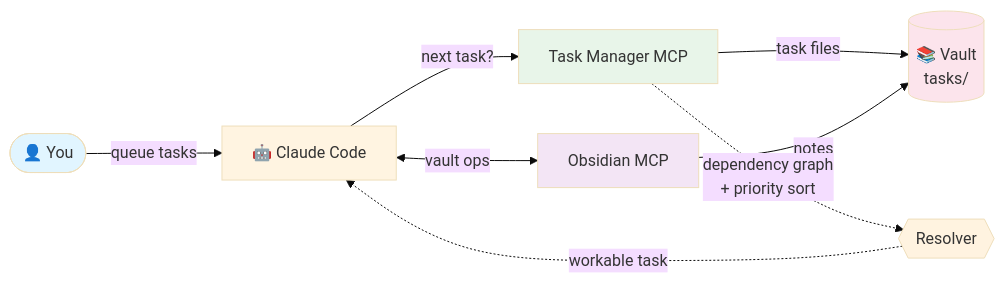
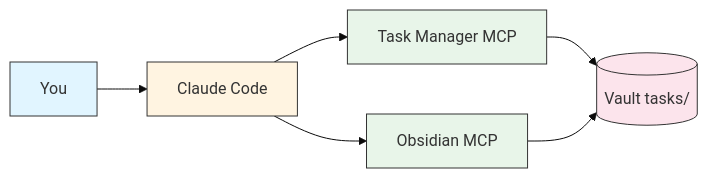
Before and after one commit to punparin/task-manager-mcp: the first of 3 diagrams in README.md, drawn with Mermaid (base theme). The commit also changed other lines of this file, not shown here.

First line of the commit message:
docs: simplify mermaid diagrams for GitHub compatibility

````diff
--- a/README.md
+++ b/README.md
@@ -7,17 +7,24 @@
 ```mermaid
 flowchart LR
-    User([👤 You]) -->|"queue tasks"| Claude[🤖 Claude Code]
-    Claude -->|"next task?"| TM[Task Manager MCP]
-    Claude <-->|"vault ops"| OM[Obsidian MCP]
-    TM -->|"task files"| Vault[(📚 Vault<br/>tasks/)]
-    OM -->|"notes"| Vault
-    TM -.->|"dependency graph<br/>+ priority sort"| Resolver{{Resolver}}
-    Resolver -.->|"workable task"| Claude
+    User[You]
+    Claude[Claude Code]
+    TM[Task Manager MCP]
+    OM[Obsidian MCP]
+    Vault[(Vault tasks/)]
 
-    style User fill:#e1f5ff
-    style Claude fill:#fff4e1
-    style TM fill:#e8f5e9
-    style OM fill:#f3e5f5
-    style Vault fill:#fce4ec
-    style Resolver fill:#fff3e0
+    User --> Claude
+    Claude --> TM
+    Claude --> OM
+    TM --> Vault
+    OM --> Vault
+
+    classDef user fill:#e1f5ff,stroke:#333
+    classDef ai fill:#fff4e1,stroke:#333
+    classDef mcp fill:#e8f5e9,stroke:#333
+    classDef store fill:#fce4ec,stroke:#333
+
+    class User user
+    class Claude ai
+    class TM,OM mcp
+    class Vault store
 ```
````
